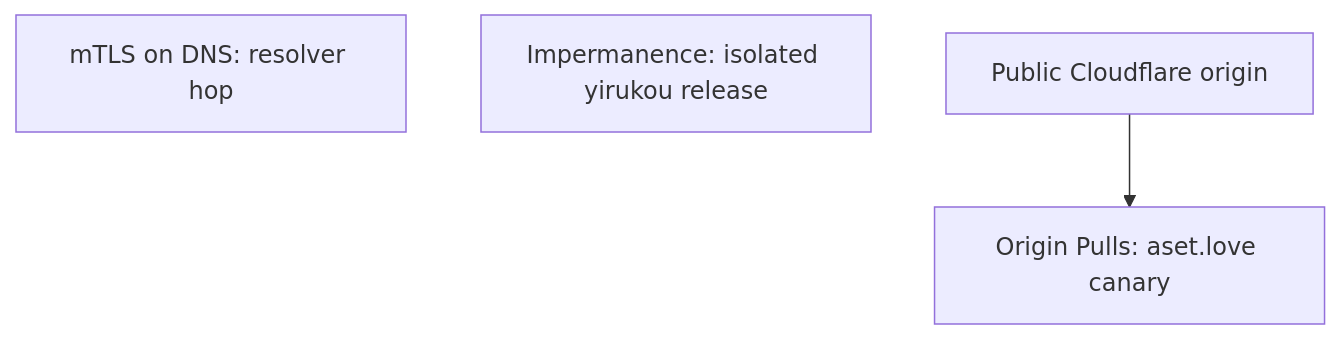
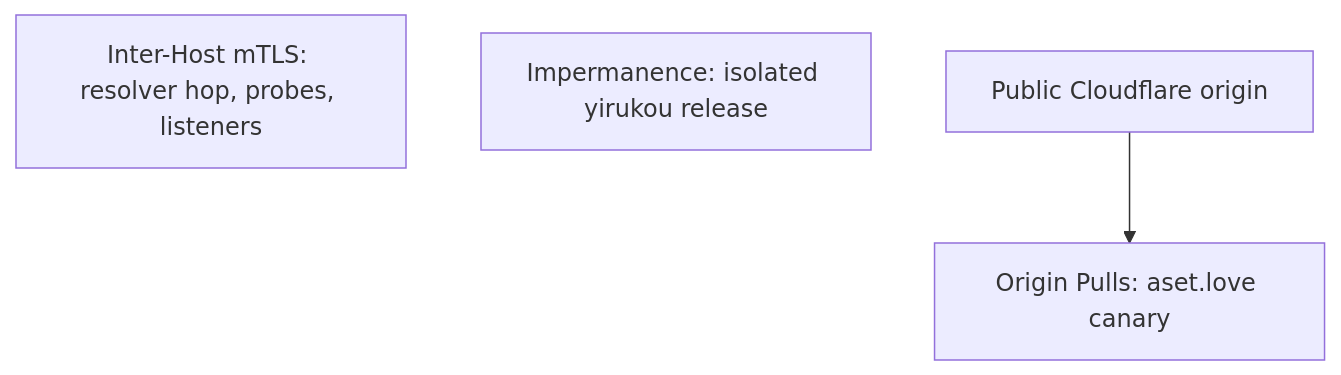
Before and after one commit to categoricalcat/nixos: the diagram in docs/src/plans/architecture-rollout-plan.md, drawn with Mermaid. The commit also changed other lines of this file and 7 other files, not shown here.

````diff
--- a/docs/src/plans/architecture-rollout-plan.md
+++ b/docs/src/plans/architecture-rollout-plan.md
@@ -80,9 +84,9 @@
 ```mermaid
 flowchart TD
-    mtlsDns["mTLS on DNS: resolver hop"]
+    mtlsInterHost["Inter-Host mTLS: resolver hop, probes, listeners"]
     impermanence["Impermanence: isolated yirukou release"]
     publicOrigin["Public Cloudflare origin"]
     mtlsEdge["Origin Pulls: aset.love canary"]
 
     publicOrigin --> mtlsEdge
 ```
````
